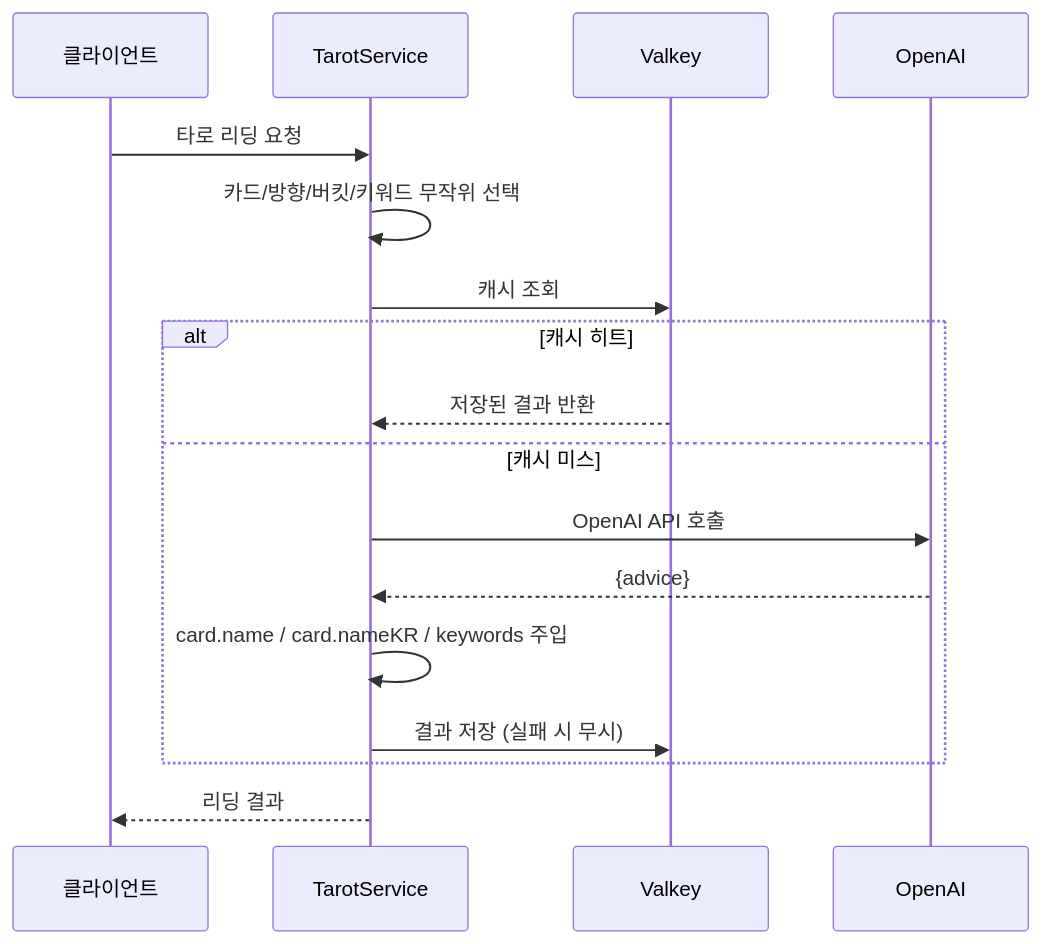
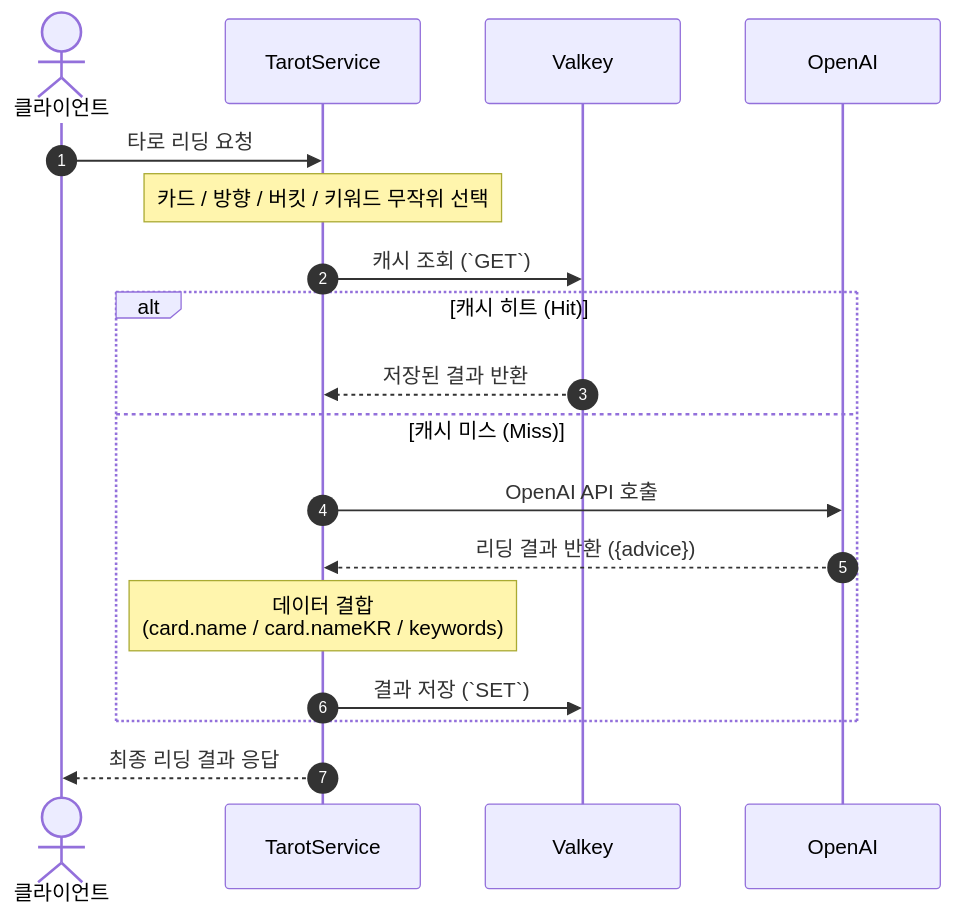
One commit to mandacode-labs/mandacode-devs changed the second of 3 diagrams in src/content/blog/ko/tarot-deep-dive.md. Above: the diagram before and after it, drawn with Mermaid. The commit also changed other lines of this file and 1 other file, not shown here.

First line of the commit message:
refactor: remove custom mermaid colors, use default theme

````diff
--- a/src/content/blog/ko/tarot-deep-dive.md
+++ b/src/content/blog/ko/tarot-deep-dive.md
@@ -52,22 +56,26 @@
 ```mermaid
 sequenceDiagram
-    participant Client as 클라이언트
+    autonumber
+    
+    actor Client as 클라이언트
     participant Service as TarotService
     participant Cache as Valkey
     participant AI as OpenAI
+    
+    Client->>Service: 타로 리딩 요청
+    Note over Service: 카드 / 방향 / 버킷 / 키워드 무작위 선택
+    
+    Service->>Cache: 캐시 조회 (`GET`)
+    
+    alt 캐시 히트 (Hit)
+        Cache-->>Service: 저장된 결과 반환
+    else 캐시 미스 (Miss)
+        Service->>AI: OpenAI API 호출
+        AI-->>Service: 리딩 결과 반환 ({advice})
+        Note over Service: 데이터 결합<br/>(card.name / card.nameKR / keywords)
+        Service->>Cache: 결과 저장 (`SET`)
+    end
+    
+    Service-->>Client: 최종 리딩 결과 응답
 
-    Client->>Service: 타로 리딩 요청
-    Service->>Service: 카드/방향/버킷/키워드 무작위 선택
-    Service->>Cache: 캐시 조회
-
-    alt 캐시 히트
-        Cache-->>Service: 저장된 결과 반환
-    else 캐시 미스
-        Service->>AI: OpenAI API 호출
-        AI-->>Service: {advice}
-        Service->>Service: card.name / card.nameKR / keywords 주입
-        Service->>Cache: 결과 저장 (실패 시 무시)
-    end
-
-    Service-->>Client: 리딩 결과
 ```
````
